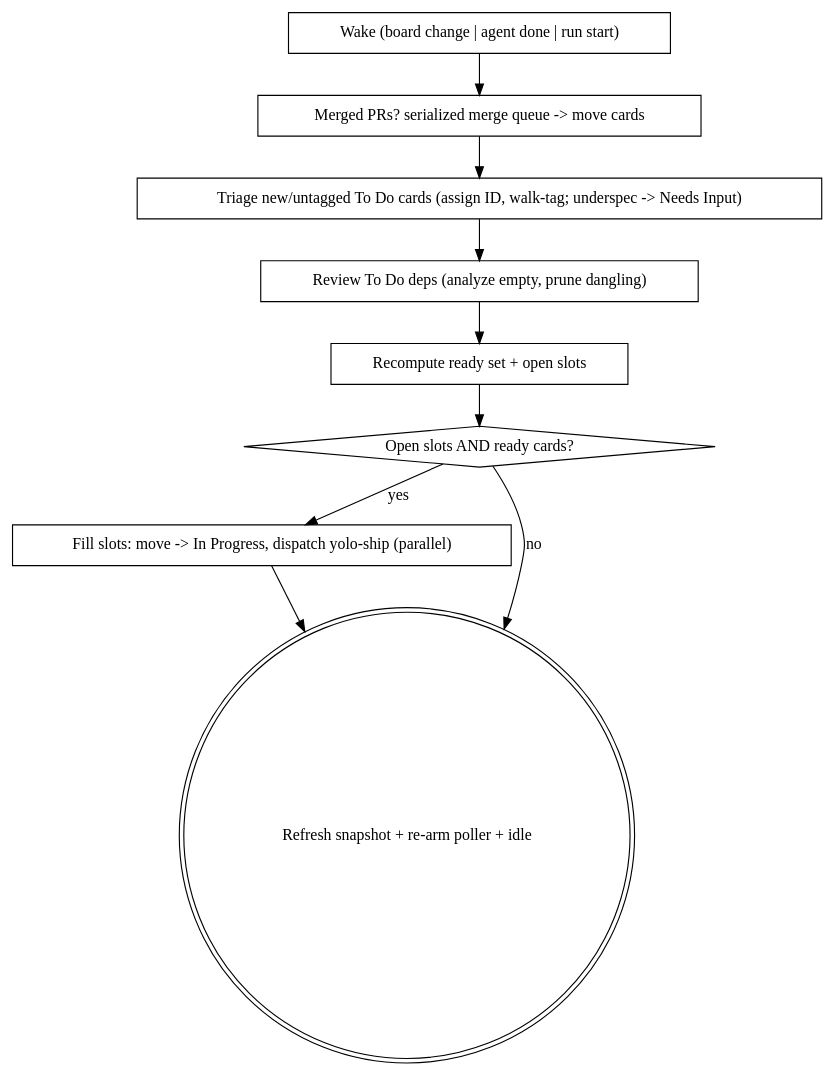
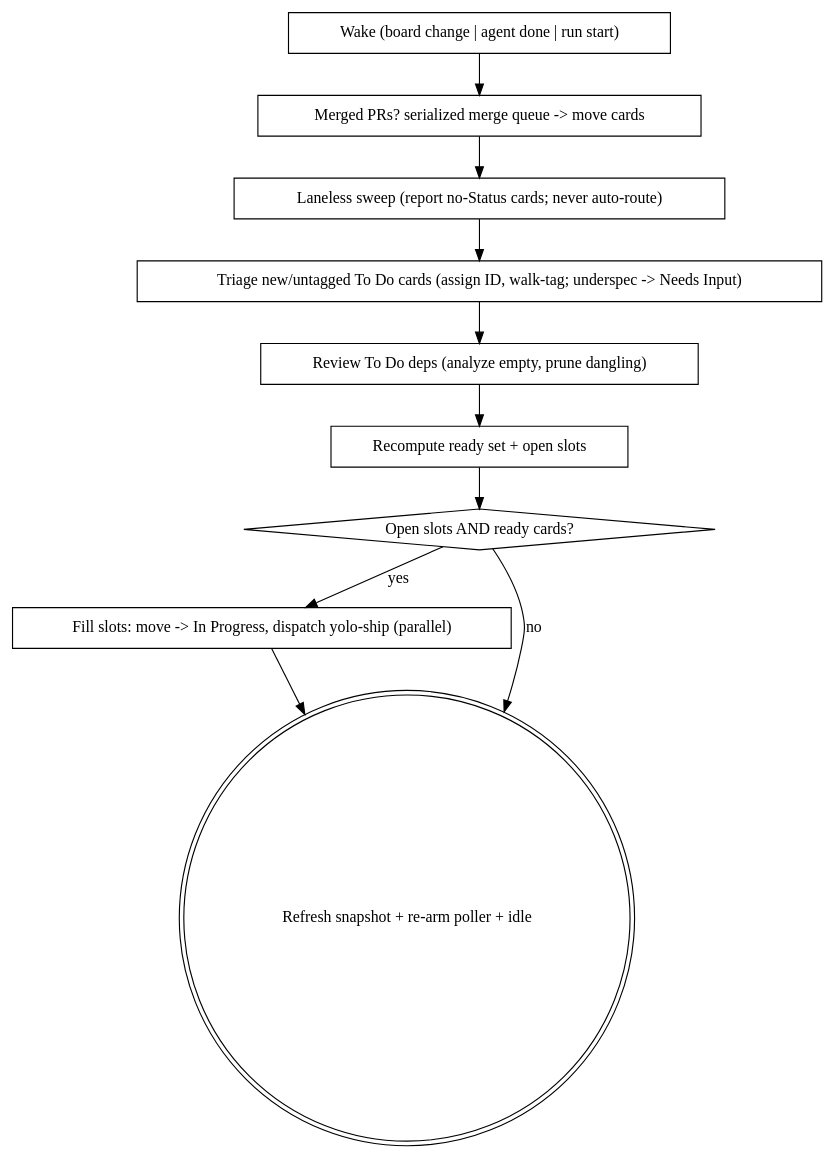
Before and after one commit to project-ax/ax-next: the diagram in .claude/skills/auto-ship/SKILL.md, drawn with Graphviz. The commit also changed other lines of this file and 3 other files, not shown here.

First line of the commit message:
[TASK-477] Make a laneless (no-Status) card visible: a fail-loud sweep every loop pass (#716)

````diff
--- a/.claude/skills/auto-ship/SKILL.md
+++ b/.claude/skills/auto-ship/SKILL.md
@@ -100,21 +100,23 @@
 ```dot
 digraph autoship {
   "Wake (board change | agent done | run start)" [shape=box];
   "Triage new/untagged To Do cards (assign ID, walk-tag; underspec -> Needs Input)" [shape=box];
   "Review To Do deps (analyze empty, prune dangling)" [shape=box];
   "Recompute ready set + open slots" [shape=box];
   "Open slots AND ready cards?" [shape=diamond];
   "Fill slots: move -> In Progress, dispatch yolo-ship (parallel)" [shape=box];
   "Merged PRs? serialized merge queue -> move cards" [shape=box];
+  "Laneless sweep (report no-Status cards; never auto-route)" [shape=box];
   "Refresh snapshot + re-arm poller + idle" [shape=doublecircle];
 
   "Wake (board change | agent done | run start)" -> "Merged PRs? serialized merge queue -> move cards";
-  "Merged PRs? serialized merge queue -> move cards" -> "Triage new/untagged To Do cards (assign ID, walk-tag; underspec -> Needs Input)";
+  "Merged PRs? serialized merge queue -> move cards" -> "Laneless sweep (report no-Status cards; never auto-route)";
+  "Laneless sweep (report no-Status cards; never auto-route)" -> "Triage new/untagged To Do cards (assign ID, walk-tag; underspec -> Needs Input)";
   "Triage new/untagged To Do cards (assign ID, walk-tag; underspec -> Needs Input)" -> "Review To Do deps (analyze empty, prune dangling)";
   "Review To Do deps (analyze empty, prune dangling)" -> "Recompute ready set + open slots";
   "Recompute ready set + open slots" -> "Open slots AND ready cards?";
   "Open slots AND ready cards?" -> "Fill slots: move -> In Progress, dispatch yolo-ship (parallel)" [label="yes"];
   "Fill slots: move -> In Progress, dispatch yolo-ship (parallel)" -> "Refresh snapshot + re-arm poller + idle";
   "Open slots AND ready cards?" -> "Refresh snapshot + re-arm poller + idle" [label="no"];
 }
 ```
````
